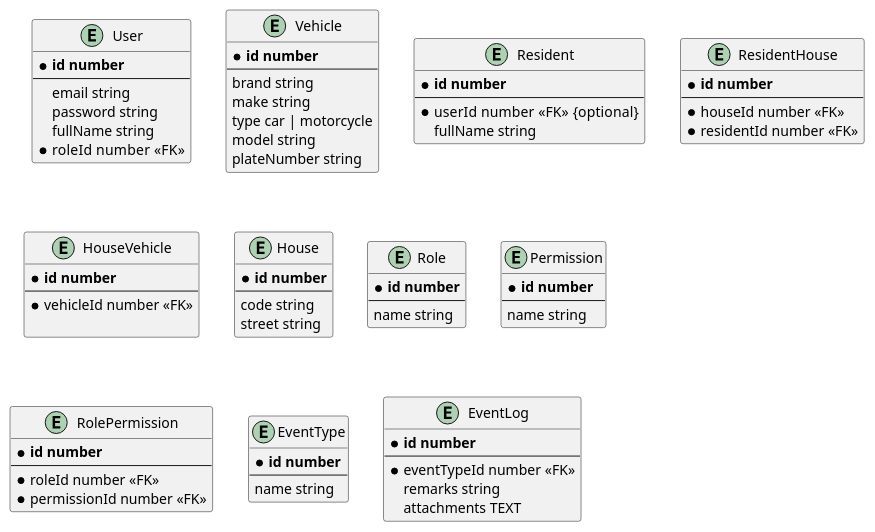
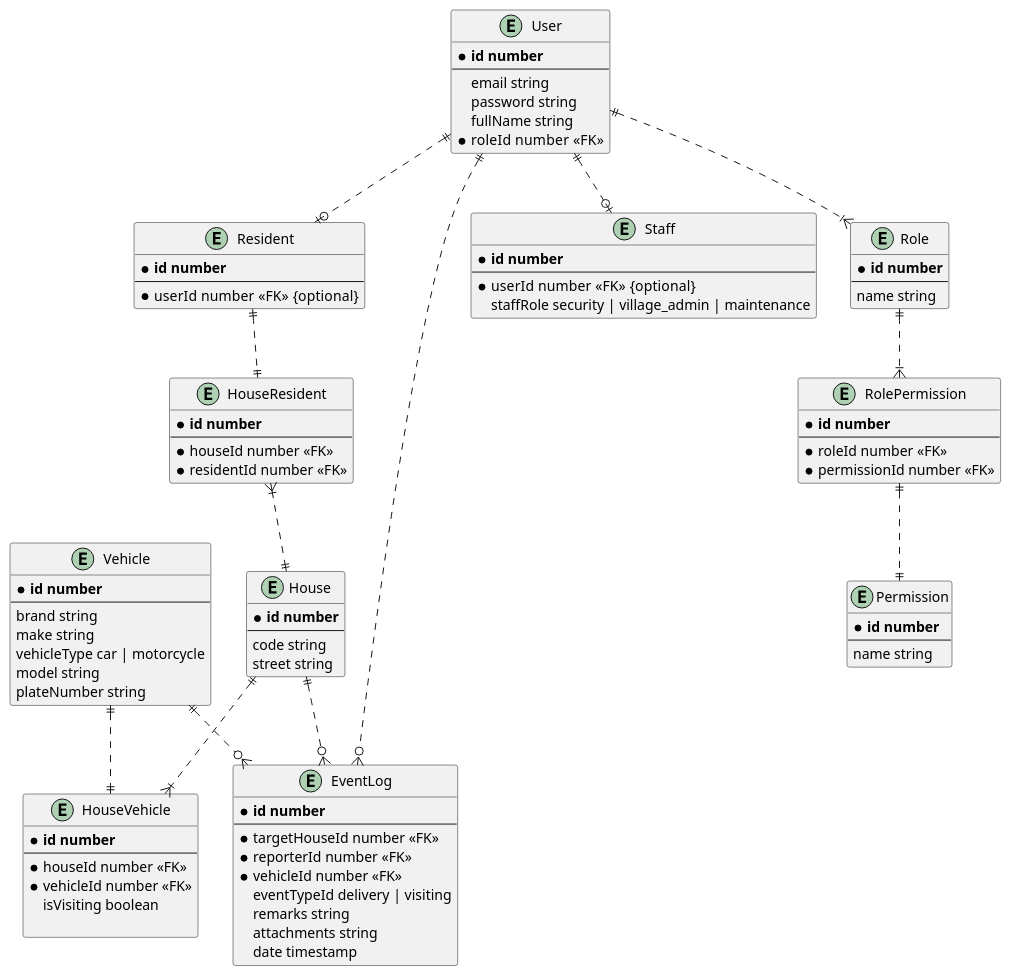
Before and after one commit to jojonarte/eteeap_main: the diagram in docs/erd.pu, drawn with PlantUML.

Commit message:
updated erd

```diff
--- a/docs/erd.pu
+++ b/docs/erd.pu
@@ -1,82 +1,103 @@
 @startuml ERD
 entity User {
   * **id number**
   --
   email string
   password string
   fullName string
   * roleId number  <<FK>>
 }
 
 entity Vehicle {
   * **id number**
   --
   brand string
   make string
-  type car | motorcycle
+  vehicleType car | motorcycle
   model string
   plateNumber string
 }
 
 entity Resident {
   * **id number**
   --
   * userId number  <<FK>> {optional}
-  fullName string
 }
 
-entity ResidentHouse {
+entity Staff {
+  * **id number**
+  --
+  * userId number  <<FK>> {optional}
+  staffRole security | village_admin | maintenance
+}
+
+entity HouseResident {
   * **id number**
   --
   * houseId number <<FK>>
   * residentId number <<FK>>
 }
 
 entity HouseVehicle {
   * **id number**
   --
+  * houseId number <<FK>>
   * vehicleId number <<FK>>
+  isVisiting boolean
 
 }
-
 
 entity House {
   * **id number**
   --
   code string
   street string
 }
 
 entity Role {
   * **id number**
   --
   name string
 }
 
 entity Permission {
   * **id number**
   --
   name string
 }
 
 entity RolePermission {
   * **id number**
   --
   * roleId number <<FK>>
   * permissionId number <<FK>>
 }
 
-entity EventType {
-  * **id number**
-  --
-  name string
-}
-
 entity EventLog {
   * **id number**
   --
-  * eventTypeId number <<FK>>
+  * targetHouseId number <<FK>>
+  * reporterId number <<FK>>
+  * vehicleId number <<FK>>
+  eventTypeId delivery | visiting
   remarks string
-  attachments TEXT
+  attachments string
+  date timestamp
 }
+
+
+Resident ||..|| HouseResident
+Vehicle ||..|| HouseVehicle
+House ||..|{ HouseVehicle
+User ||..o| Resident
+User ||..o| Staff
+User ||..|{ Role
+Role ||..|{ RolePermission
+RolePermission ||..|| Permission
+HouseResident }|..|| House
+House ||..o{ EventLog
+User ||..o{ EventLog
+Vehicle ||..o{ EventLog
+
+
 @enduml
```
